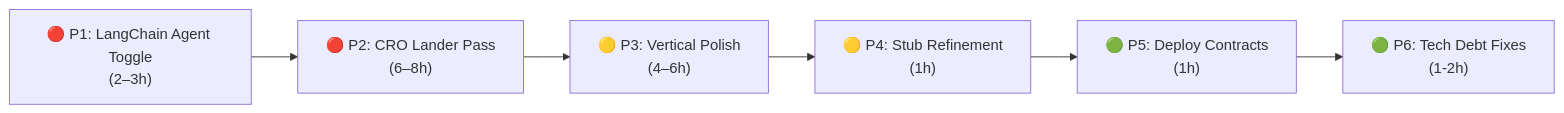
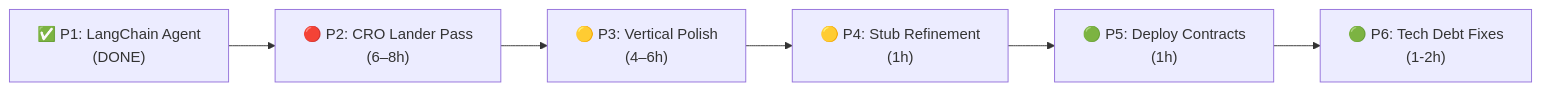
Before and after one commit to bnmbnmai/lead-engine-cre: the diagram in current-status.md, drawn with Mermaid. The commit also changed other lines of this file, not shown here.

Commit message:
docs: update current-status.md  P1 LangChain agent marked complete

````diff
--- a/current-status.md
+++ b/current-status.md
@@ -196,8 +192,8 @@
 ```mermaid
 graph LR
-    A["🔴 P1: LangChain Agent Toggle\n(2–3h)"] --> B["🔴 P2: CRO Lander Pass\n(6–8h)"]
+    A["✅ P1: LangChain Agent\n(DONE)"] --> B["🔴 P2: CRO Lander Pass\n(6–8h)"]
     B --> C["🟡 P3: Vertical Polish\n(4–6h)"]
     C --> D["🟡 P4: Stub Refinement\n(1h)"]
     D --> E["🟢 P5: Deploy Contracts\n(1h)"]
     E --> F["🟢 P6: Tech Debt Fixes\n(1-2h)"]
 ```
````
